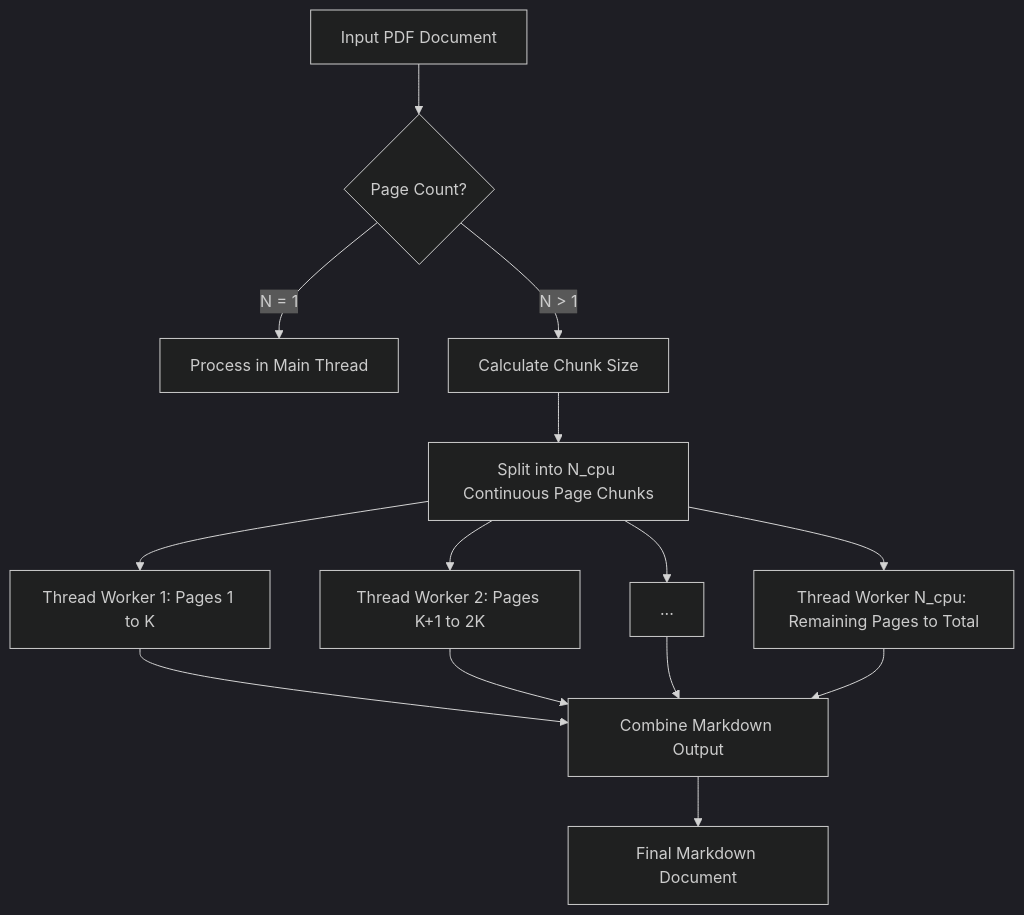
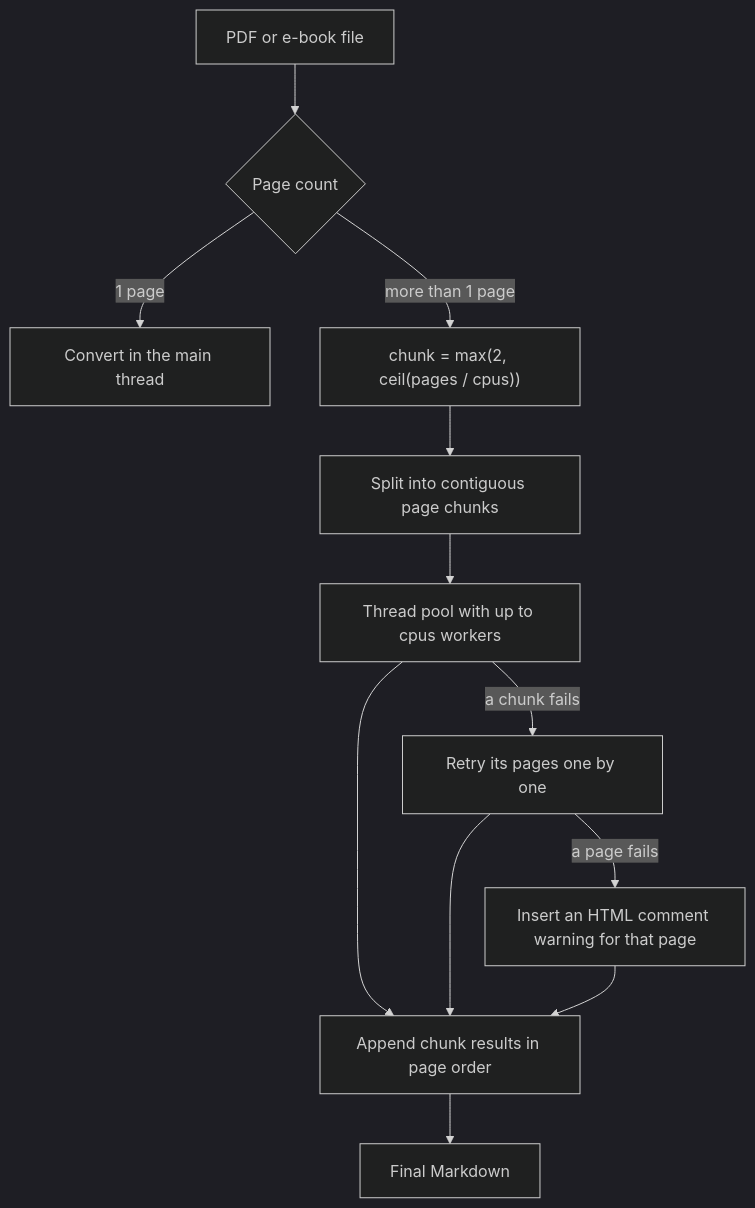
Before and after one commit to sergeypugin/hammerdown: the diagram in docs/PERFORMANCE.md, drawn with Mermaid (dark theme). The commit also changed other lines of this file and 17 other files, not shown here.

First line of the commit message:
docs: refresh ARCHITECTURE, PERFORMANCE, TECHNICAL, CONTRIBUTING, README

````diff
--- a/docs/PERFORMANCE.md
+++ b/docs/PERFORMANCE.md
@@ -39,16 +39,14 @@
 ```mermaid
 flowchart TD
-    A[Input PDF Document] --> B{Page Count?}
-    B -- N = 1 --> C[Process in Main Thread]
-    B -- N > 1 --> D[Calculate Chunk Size]
-    D --> E[Split into N_cpu Continuous Page Chunks]
-    E --> F1[Thread Worker 1: Pages 1 to K]
-    E --> F2[Thread Worker 2: Pages K+1 to 2K]
-    E --> Fdots[...]
-    E --> FN[Thread Worker N_cpu: Remaining Pages to Total]
-    F1 --> G[Combine Markdown Output]
-    F2 --> G
-    Fdots --> G
-    FN --> G
-    G --> H[Final Markdown Document]
+    A[PDF or e-book file] --> B{Page count}
+    B -->|1 page| C[Convert in the main thread]
+    B -->|more than 1 page| D["chunk = max(2, ceil(pages / cpus))"]
+    D --> E[Split into contiguous page chunks]
+    E --> F[Thread pool with up to cpus workers]
+    F --> G[Append chunk results in page order]
+    G --> H[Final Markdown]
+    F -->|a chunk fails| I[Retry its pages one by one]
+    I -->|a page fails| J[Insert an HTML comment warning for that page]
+    I --> G
+    J --> G
 ```
````
